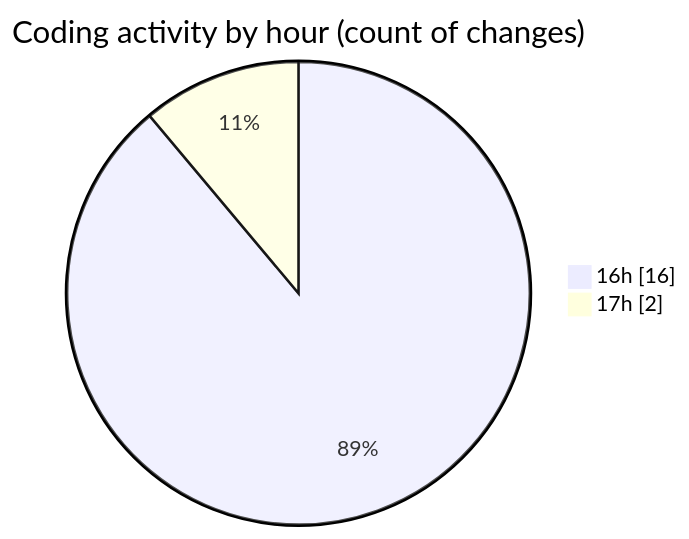
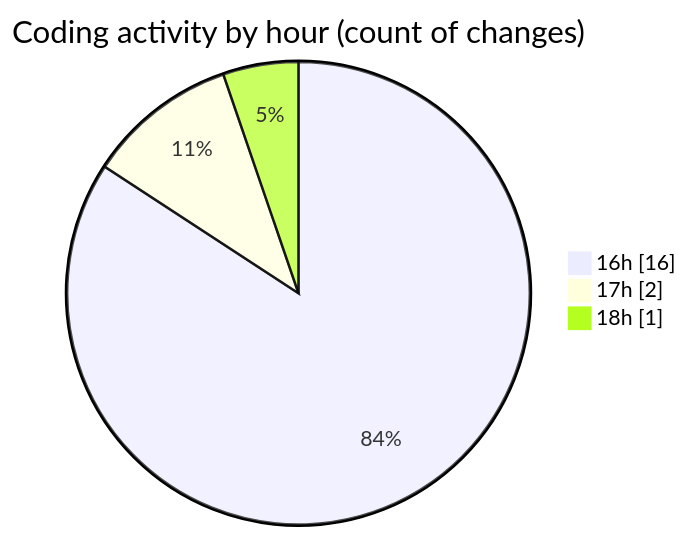
Before and after one commit to Elitesun/code-tracking: the second of 2 diagrams in 2025-02-20/gymmanager/README.md, drawn with Mermaid. The commit also changed other lines of this file and 2 other files, not shown here.

````diff
--- a/2025-02-20/gymmanager/README.md
+++ b/2025-02-20/gymmanager/README.md
@@ -35,6 +35,7 @@
 ```mermaid
 pie showData
 title Coding activity by hour (count of changes)
 "16h" : 16
 "17h" : 2
+"18h" : 1
 ```
````
